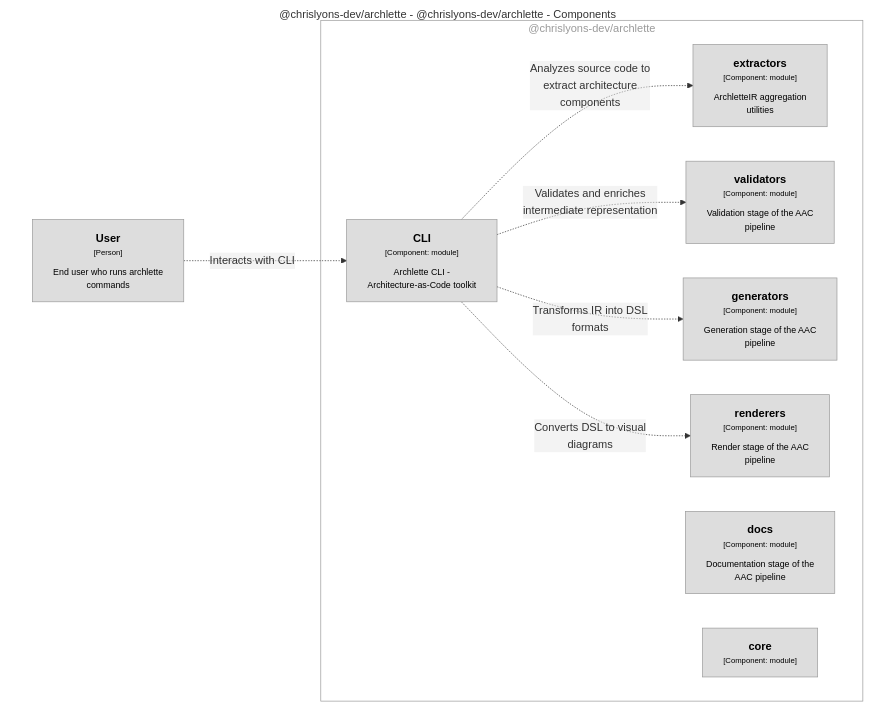
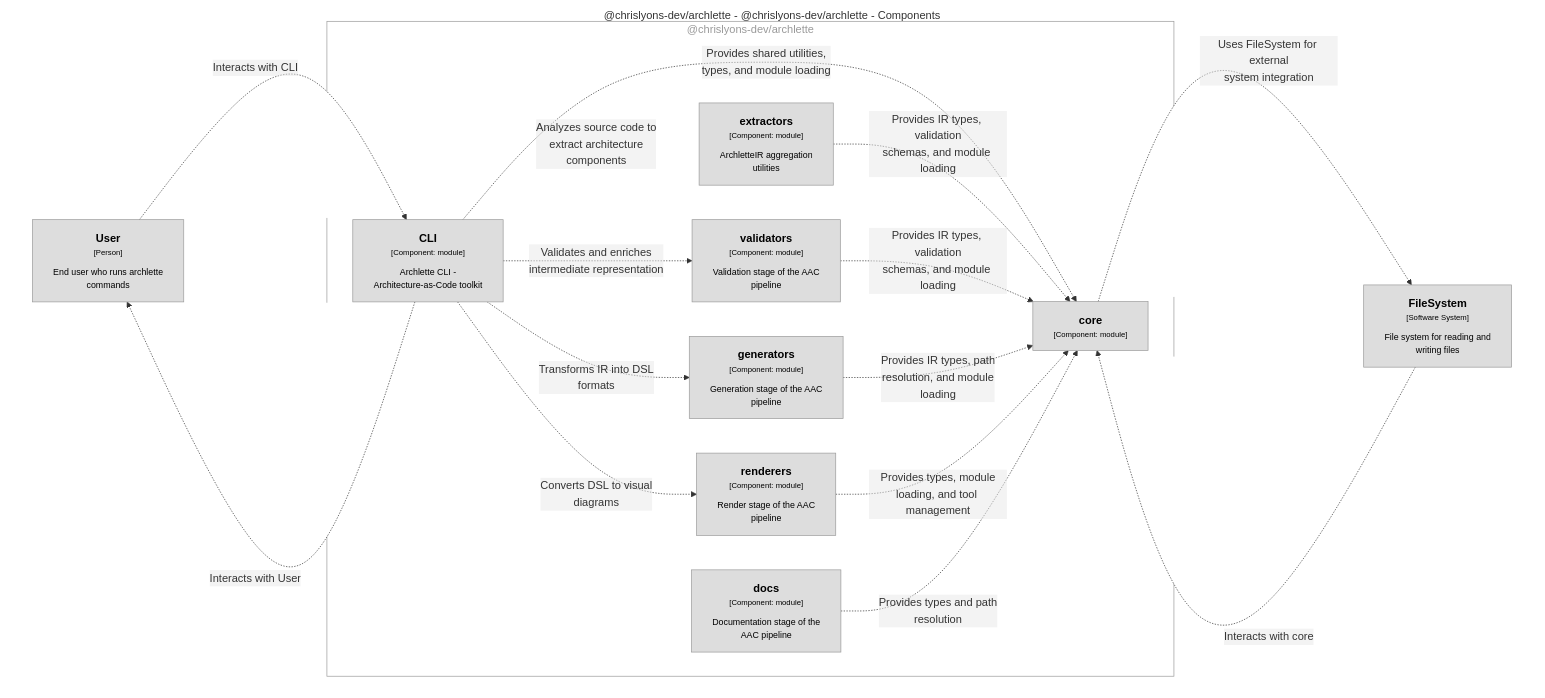
One commit to chrislyons-dev/archlette changed the diagram in docs/architecture/diagrams/mermaid/structurizr-Components__chrislyons_dev_archlette.mmd. Above: the diagram before and after it, drawn with Mermaid. The commit also changed 23 other files, not shown here.

```diff
--- a/docs/architecture/diagrams/mermaid/structurizr-Components__chrislyons_dev_archlette.mmd
+++ b/docs/architecture/diagrams/mermaid/structurizr-Components__chrislyons_dev_archlette.mmd
@@ -1,34 +1,45 @@
 graph TB
   linkStyle default fill:#ffffff
 
   subgraph diagram ["@chrislyons-dev/archlette - @chrislyons-dev/archlette - Components"]
     style diagram fill:#ffffff,stroke:#ffffff
 
     1["<div style='font-weight: bold'>User</div><div style='font-size: 70%; margin-top: 0px'>[Person]</div><div style='font-size: 80%; margin-top:10px'>End user who runs archlette<br />commands</div>"]
     style 1 fill:#dddddd,stroke:#9a9a9a,color:#000000
+    2["<div style='font-weight: bold'>FileSystem</div><div style='font-size: 70%; margin-top: 0px'>[Software System]</div><div style='font-size: 80%; margin-top:10px'>File system for reading and<br />writing files</div>"]
+    style 2 fill:#dddddd,stroke:#9a9a9a,color:#000000
 
     subgraph 4 ["@chrislyons-dev/archlette"]
       style 4 fill:#ffffff,stroke:#9a9a9a,color:#9a9a9a
 
       10["<div style='font-weight: bold'>docs</div><div style='font-size: 70%; margin-top: 0px'>[Component: module]</div><div style='font-size: 80%; margin-top:10px'>Documentation stage of the<br />AAC pipeline</div>"]
       style 10 fill:#dddddd,stroke:#9a9a9a,color:#000000
       11["<div style='font-weight: bold'>core</div><div style='font-size: 70%; margin-top: 0px'>[Component: module]</div>"]
       style 11 fill:#dddddd,stroke:#9a9a9a,color:#000000
       5["<div style='font-weight: bold'>CLI</div><div style='font-size: 70%; margin-top: 0px'>[Component: module]</div><div style='font-size: 80%; margin-top:10px'>Archlette CLI -<br />Architecture-as-Code toolkit</div>"]
       style 5 fill:#dddddd,stroke:#9a9a9a,color:#000000
       6["<div style='font-weight: bold'>extractors</div><div style='font-size: 70%; margin-top: 0px'>[Component: module]</div><div style='font-size: 80%; margin-top:10px'>ArchletteIR aggregation<br />utilities</div>"]
       style 6 fill:#dddddd,stroke:#9a9a9a,color:#000000
       7["<div style='font-weight: bold'>validators</div><div style='font-size: 70%; margin-top: 0px'>[Component: module]</div><div style='font-size: 80%; margin-top:10px'>Validation stage of the AAC<br />pipeline</div>"]
       style 7 fill:#dddddd,stroke:#9a9a9a,color:#000000
       8["<div style='font-weight: bold'>generators</div><div style='font-size: 70%; margin-top: 0px'>[Component: module]</div><div style='font-size: 80%; margin-top:10px'>Generation stage of the AAC<br />pipeline</div>"]
       style 8 fill:#dddddd,stroke:#9a9a9a,color:#000000
       9["<div style='font-weight: bold'>renderers</div><div style='font-size: 70%; margin-top: 0px'>[Component: module]</div><div style='font-size: 80%; margin-top:10px'>Render stage of the AAC<br />pipeline</div>"]
       style 9 fill:#dddddd,stroke:#9a9a9a,color:#000000
     end
 
     5-. "<div>Analyzes source code to<br />extract architecture<br />components</div><div style='font-size: 70%'></div>" .->6
     5-. "<div>Validates and enriches<br />intermediate representation</div><div style='font-size: 70%'></div>" .->7
     5-. "<div>Transforms IR into DSL<br />formats</div><div style='font-size: 70%'></div>" .->8
     5-. "<div>Converts DSL to visual<br />diagrams</div><div style='font-size: 70%'></div>" .->9
+    5-. "<div>Provides shared utilities,<br />types, and module loading</div><div style='font-size: 70%'></div>" .->11
+    6-. "<div>Provides IR types, validation<br />schemas, and module loading</div><div style='font-size: 70%'></div>" .->11
+    7-. "<div>Provides IR types, validation<br />schemas, and module loading</div><div style='font-size: 70%'></div>" .->11
+    8-. "<div>Provides IR types, path<br />resolution, and module<br />loading</div><div style='font-size: 70%'></div>" .->11
+    9-. "<div>Provides types, module<br />loading, and tool management</div><div style='font-size: 70%'></div>" .->11
+    10-. "<div>Provides types and path<br />resolution</div><div style='font-size: 70%'></div>" .->11
     1-. "<div>Interacts with CLI</div><div style='font-size: 70%'></div>" .->5
+    2-. "<div>Interacts with core</div><div style='font-size: 70%'></div>" .->11
+    5-. "<div>Interacts with User</div><div style='font-size: 70%'></div>" .->1
+    11-. "<div>Uses FileSystem for external<br />system integration</div><div style='font-size: 70%'></div>" .->2
   end
```
